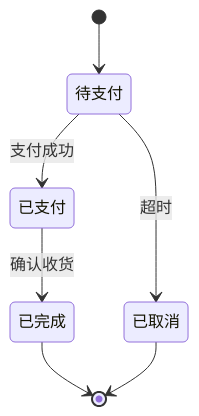
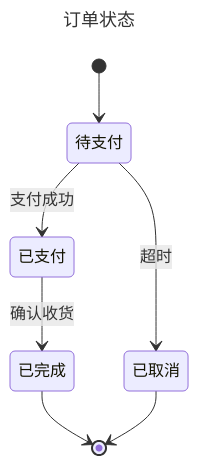
Before and after one commit to huang-hee/diagram-kit: the fourth of 8 diagrams in references/types-flow.md, drawn with Mermaid. The commit also changed other lines of this file and 248 other files, not shown here.

First line of the commit message:
feat: 示例按统一风格重做，补齐 42 张 drawio 整图示例，默认工具改为 drawio

````diff
--- a/references/types-flow.md
+++ b/references/types-flow.md
@@ -159,17 +168,20 @@
 ```mermaid
+---
+title: 订单状态
+---
 stateDiagram-v2
   state "待支付" as Pending
   state "已支付" as Paid
   state "已完成" as Done
   state "已取消" as Cancelled
   [*] --> Pending
   Pending --> Paid : 支付成功
   Pending --> Cancelled : 超时
   Paid --> Done : 确认收货
   Done --> [*]
   Cancelled --> [*]
   class Pending normal
   class Paid active
   class Done ok
   class Cancelled fail
 ```
````
